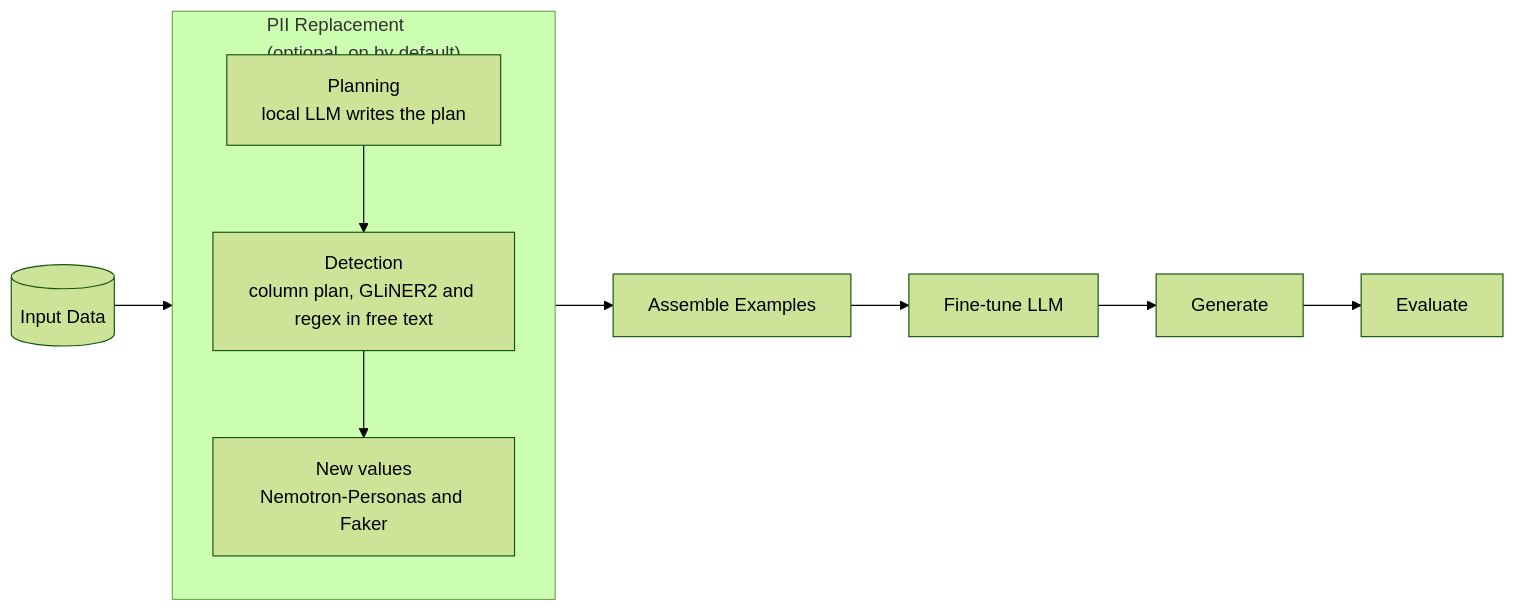
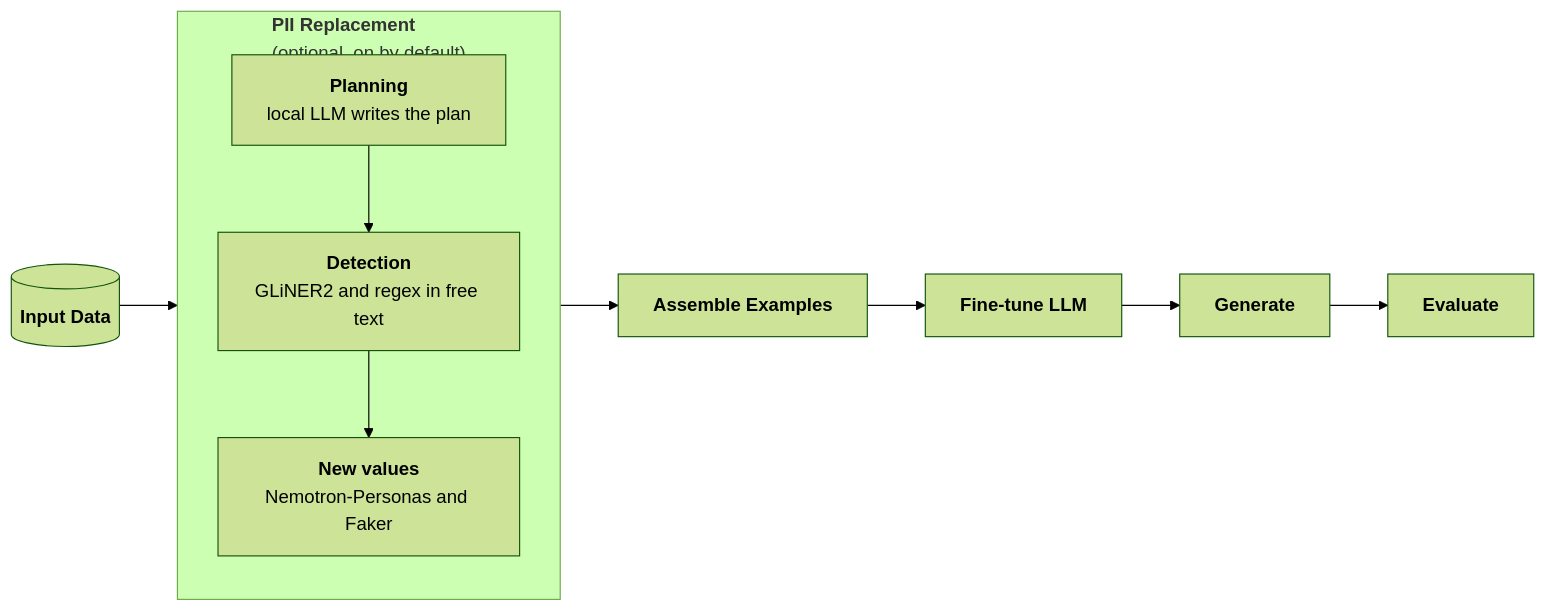
The diagram in docs/dev-notes/posts/replacing-identifiers-in-tabular-data-before-training.md (NVIDIA-NeMo/Safe-Synthesizer), drawn with Mermaid (forest theme) before and after one commit. The commit also changed other lines of this file, not shown here.

````diff
--- a/docs/dev-notes/posts/replacing-identifiers-in-tabular-data-before-training.md
+++ b/docs/dev-notes/posts/replacing-identifiers-in-tabular-data-before-training.md
@@ -105,13 +115,13 @@
 ```mermaid
 flowchart LR
-    data[("Input Data")] --> pii
-    subgraph pii ["PII Replacement<br/>(optional, on by default)"]
+    data[("<b>Input Data</b>")] --> pii
+    subgraph pii ["<b>PII Replacement</b><br/>(optional, on by default)"]
         direction TB
-        planning["Planning<br/>local LLM writes the plan"] --> detection["Detection<br/>column plan, GLiNER2 and regex in free text"]
-        detection --> values["New values<br/>Nemotron-Personas and Faker"]
+        planning["<b>Planning</b><br/>local LLM writes the plan"] --> detection["<b>Detection</b><br/>GLiNER2 and regex in free text"]
+        detection --> values["<b>New values</b><br/>Nemotron-Personas and Faker"]
     end
-    pii --> assemble["Assemble Examples"]
-    assemble --> train["Fine-tune LLM"]
-    train --> generate["Generate"]
-    generate --> evaluate["Evaluate"]
+    pii --> assemble["<b>Assemble Examples</b>"]
+    assemble --> train["<b>Fine-tune LLM</b>"]
+    train --> generate["<b>Generate</b>"]
+    generate --> evaluate["<b>Evaluate</b>"]
 ```
````
